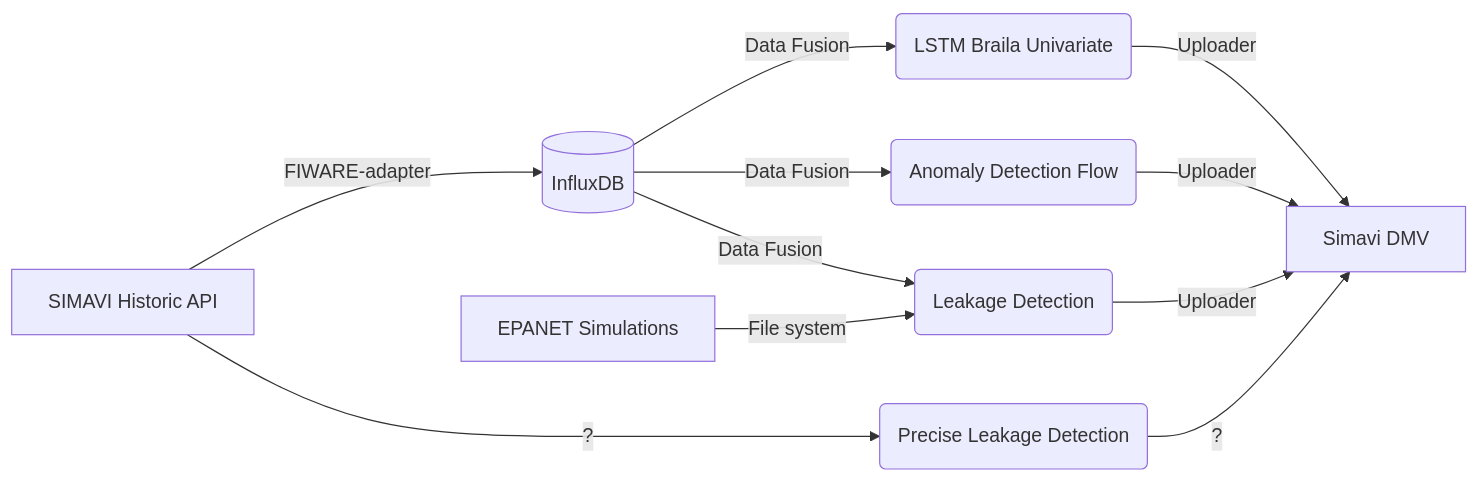
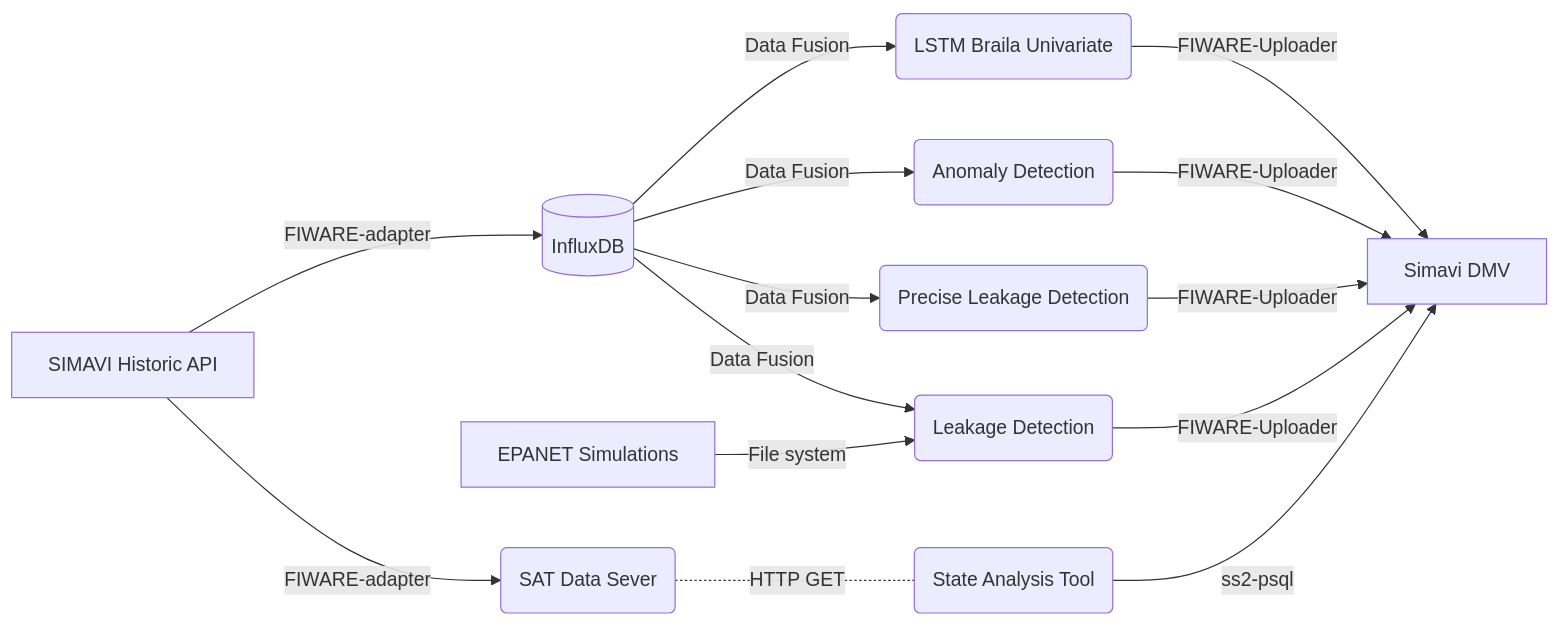
One commit to naiades-jsi/documentation changed the third of 3 diagrams in README.md. Above: the diagram before and after it, drawn with Mermaid. The commit also changed other lines of this file, not shown here.

Commit message:
Updating schemas

````diff
--- a/README.md
+++ b/README.md
@@ -164,13 +164,16 @@
 ```mermaid
 graph LR
     A[SIMAVI Historic API] --> |FIWARE-adapter| B[(InfluxDB)]
     G[EPANET Simulations] --> |File system| E
     B --> |Data Fusion| C(LSTM Braila Univariate)
-    B --> |Data Fusion| D(Anomaly Detection Flow)
+    B --> |Data Fusion| D(Anomaly Detection)
+    B --> |Data Fusion| F(Precise Leakage Detection)
     B --> |Data Fusion| E(Leakage Detection)
-    A --> |?| F(Precise Leakage Detection)
-    C --> |Uploader| X[Simavi DMV]
-    D --> |Uploader| X
-    E --> |Uploader| X
-    F --> |?| X
+    A --> |FIWARE-adapter| H1(SAT Data Sever)
+    H1 -.- |HTTP GET| H(State Analysis Tool)
+    C --> |FIWARE-Uploader| X[Simavi DMV]
+    D --> |FIWARE-Uploader| X
+    E --> |FIWARE-Uploader| X
+    H --> |ss2-psql| X
+    F --> |FIWARE-Uploader| X
 ```
````
